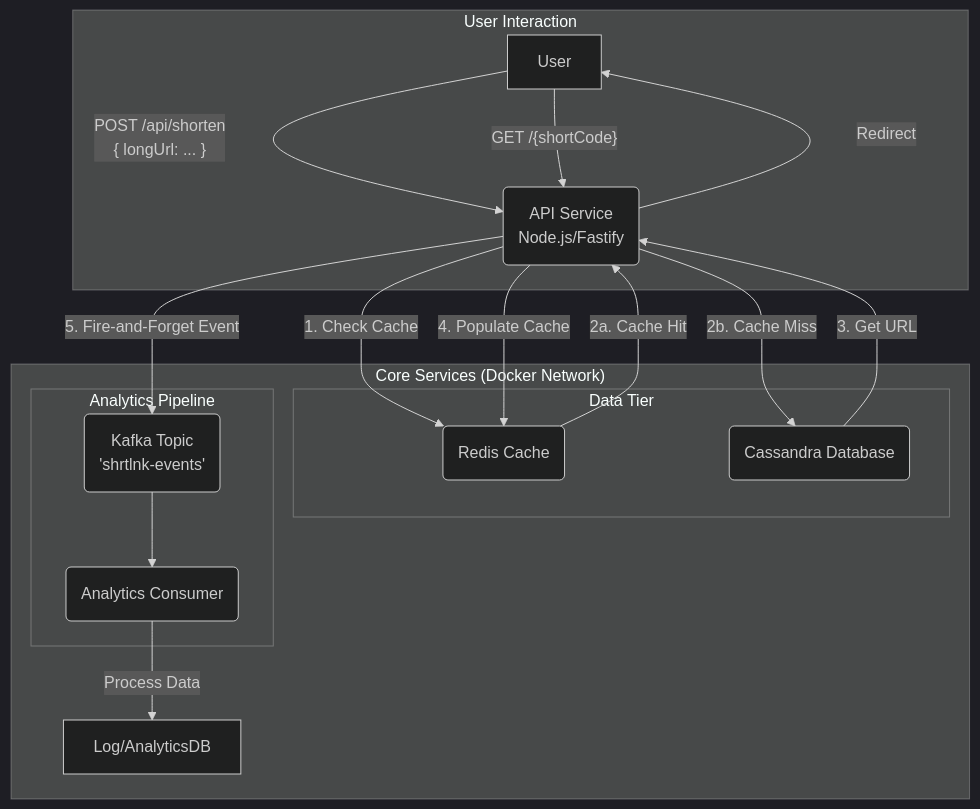
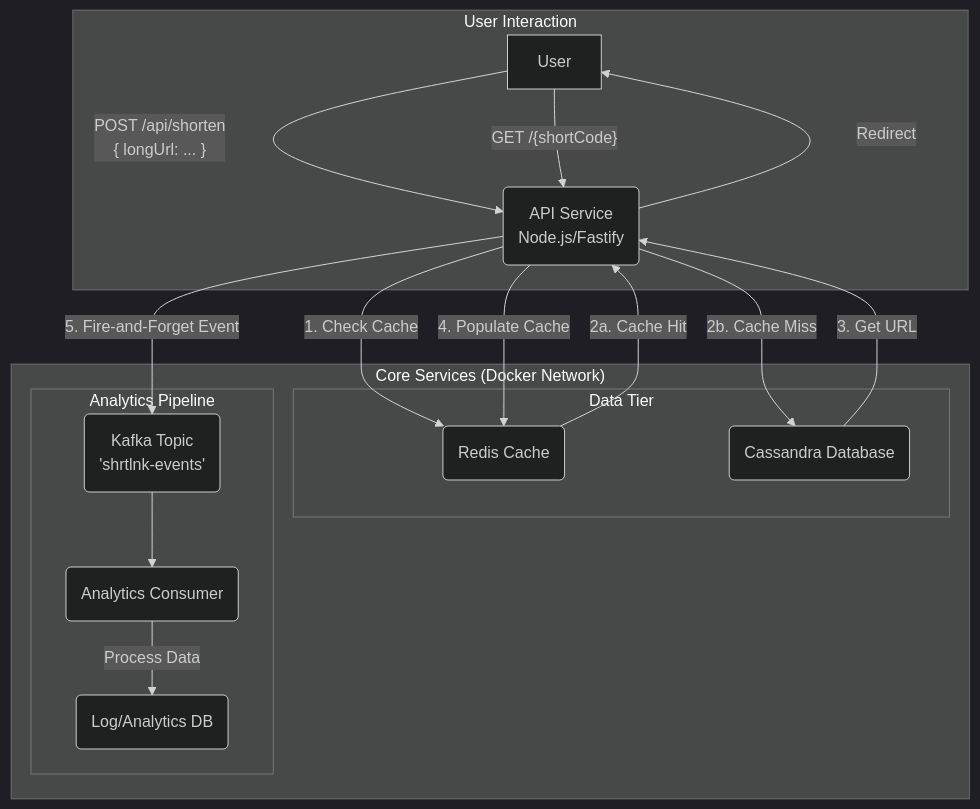
One commit to abdkhaleel/shrtlnk changed the diagram in README.md. Above: the diagram before and after it, drawn with Mermaid (dark theme). The commit also changed other lines of this file, not shown here.

Commit message:
readme updation

````diff
--- a/README.md
+++ b/README.md
@@ -32,32 +29,33 @@
 ```mermaid
 graph TD
-    subgraph "User Interaction"
-        User -- "POST /api/shorten\n{ longUrl: ... }" --> API
+    subgraph User Interaction
+        User -- "POST /api/shorten<br>{ longUrl: ... }" --> API
         User -- "GET /{shortCode}" --> API
     end
 
     subgraph "Core Services (Docker Network)"
         API(API Service<br>Node.js/Fastify)
 
-        subgraph "Data Tier"
+        subgraph Data Tier
             Redis(Redis Cache)
             Cassandra(Cassandra Database)
         end
 
-        subgraph "Analytics Pipeline"
+        subgraph Analytics Pipeline
             Kafka(Kafka Topic<br>'shrtlnk-events')
             Consumer(Analytics Consumer)
+            AnalyticsDB(Log/Analytics DB)
         end
 
-        API -- "1. Check Cache" --> Redis
+        API -- 1. Check Cache --> Redis
         Redis -- "2a. Cache Hit" --> API
         API -- "2b. Cache Miss" --> Cassandra
         Cassandra -- "3. Get URL" --> API
         API -- "4. Populate Cache" --> Redis
         API -- "5. Fire-and-Forget Event" --> Kafka
         Kafka --> Consumer
-        Consumer -- "Process Data" --> Log/AnalyticsDB
+        Consumer -- "Process Data" --> AnalyticsDB
     end
 
     API -- "Redirect" --> User
 ```
````
